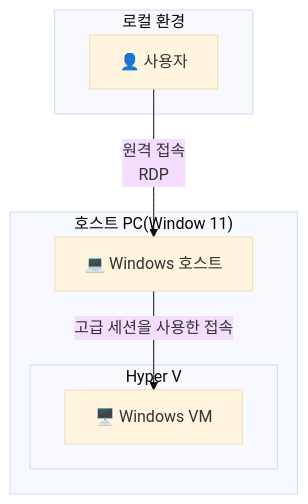
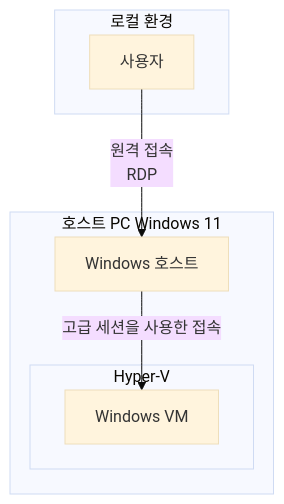
Before and after one commit to 42jerrykim/42jerrykim.github.io: the first of 2 diagrams in content/post/2025/2025-10-13-hyperv-enhanced-session-windows-hello-fix/index.md, drawn with Mermaid (base theme). The commit also changed other lines of this file and 239 other files, not shown here.

````diff
--- a/content/post/2025/2025-10-13-hyperv-enhanced-session-windows-hello-fix/index.md
+++ b/content/post/2025/2025-10-13-hyperv-enhanced-session-windows-hello-fix/index.md
@@ -79,17 +127,17 @@
 ```mermaid
 graph TB
-    subgraph "로컬 환경"
-        User[👤 사용자]
+    subgraph LocalEnv["로컬 환경"]
+        User["사용자"]
     end
     
-    subgraph "호스트 PC(Window 11)"
-        Host[💻 Windows 호스트]
+    subgraph HostPC["호스트 PC Windows 11"]
+        Host["Windows 호스트"]
         
-        subgraph "Hyper V"
-            VM[🖥️ Windows VM]
+        subgraph HyperVEnv["Hyper-V"]
+            VM["Windows VM"]
         end
     end
     
-    User -->|원격 접속<br/>RDP| Host 
-    Host -->|고급 세션을 사용한 접속| VM 
+    User -->|"원격 접속</br>RDP"| Host
+    Host -->|"고급 세션을 사용한 접속"| VM
 ```
````
